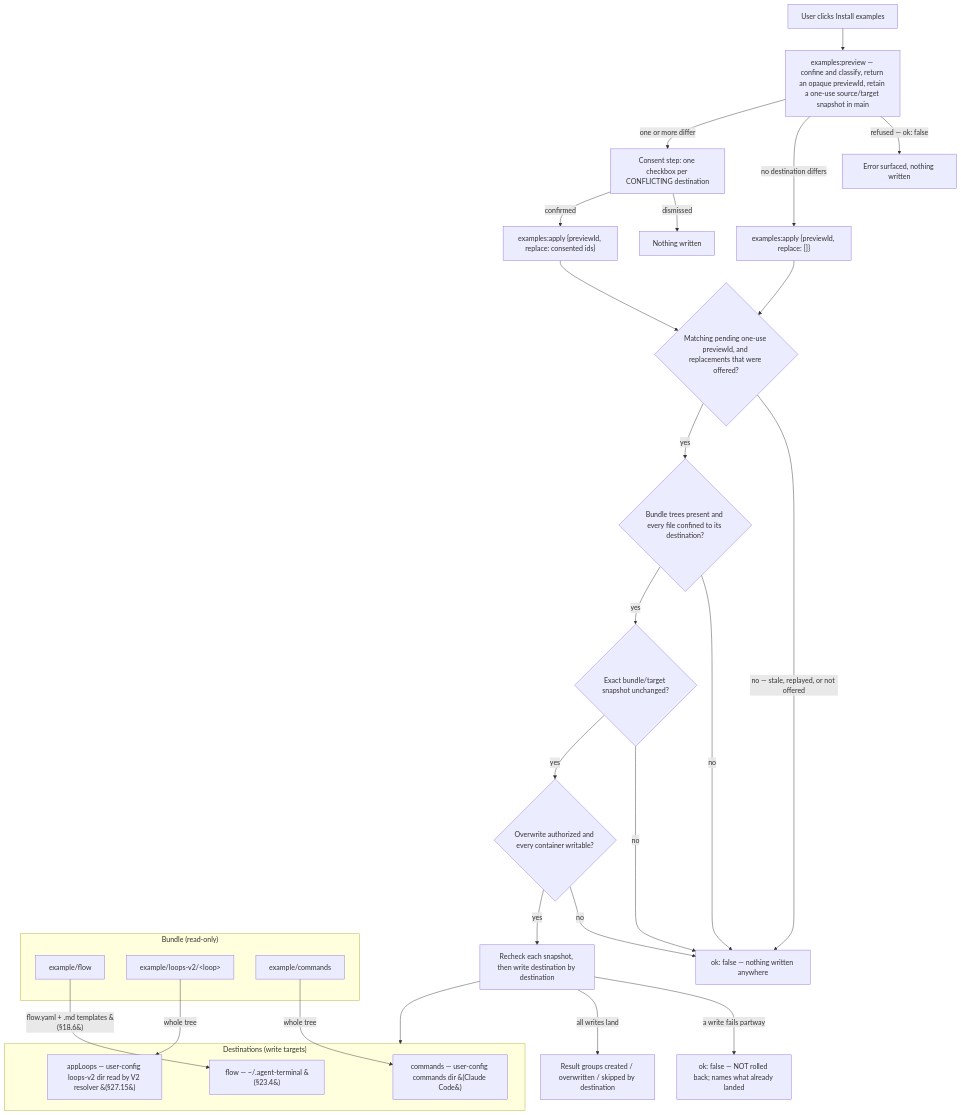
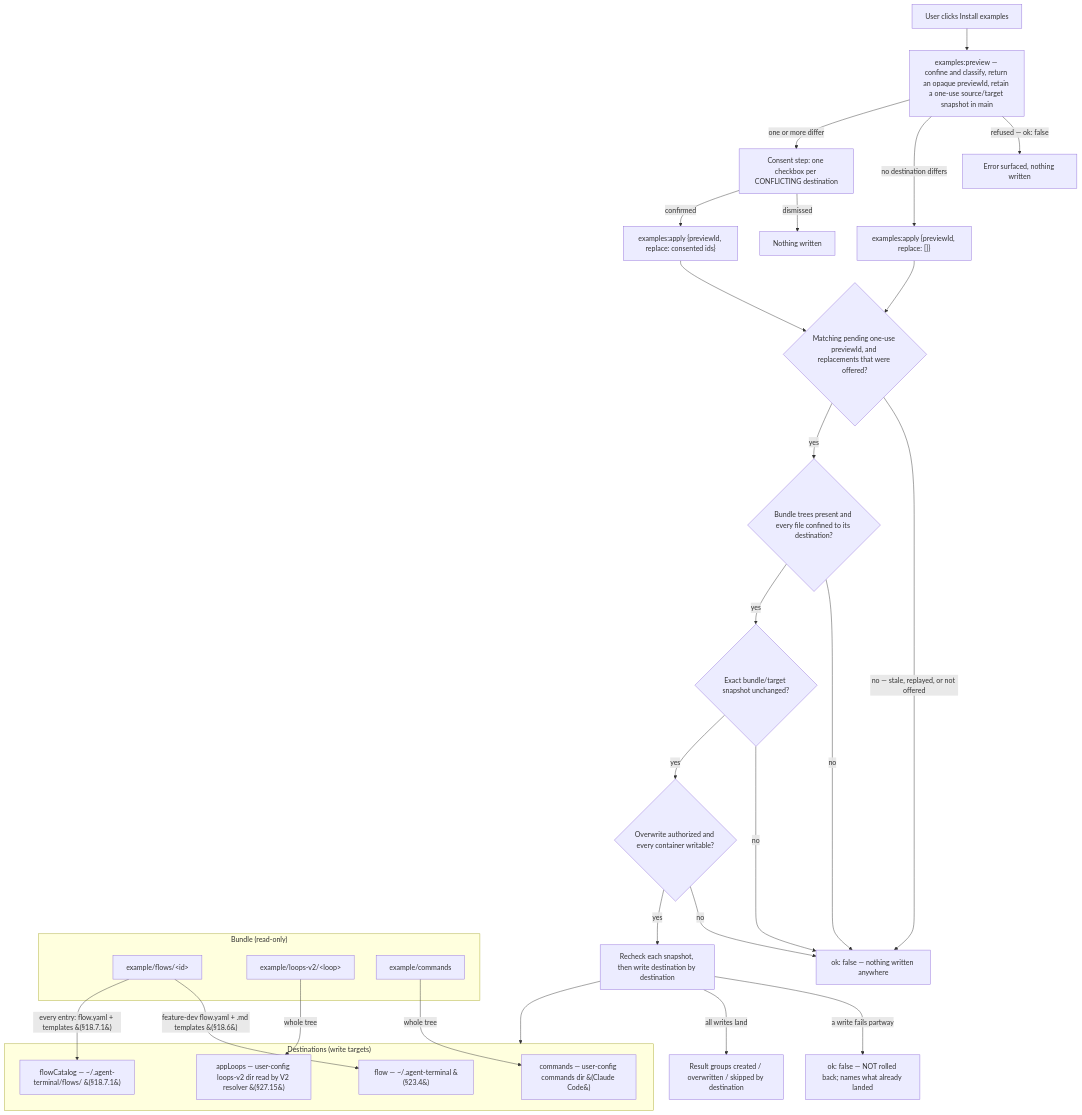
The first of 2 diagrams in docs/spec/18-flow-definitions-flow-yaml.md (dylanb/agent-terminal), drawn with Mermaid before and after one commit. The commit also changed other lines of this file and 28 other files, not shown here.

````diff
--- a/docs/spec/18-flow-definitions-flow-yaml.md
+++ b/docs/spec/18-flow-definitions-flow-yaml.md
@@ -18,38 +18,40 @@
 ```mermaid
 flowchart TD
   CLICK["User clicks Install examples"] --> PREVIEW["examples:preview — confine and classify, return an opaque previewId, retain a one-use source/target snapshot in main"]
   PREVIEW -->|"refused — ok: false"| PERR["Error surfaced, nothing written"]
   PREVIEW -->|"no destination differs"| APPLY["examples:apply {previewId, replace: []}"]
   PREVIEW -->|"one or more differ"| CONSENT["Consent step: one checkbox per CONFLICTING destination"]
   CONSENT -->|"dismissed"| NOOP["Nothing written"]
   CONSENT -->|"confirmed"| APPLY2["examples:apply {previewId, replace: consented ids}"]
   APPLY --> AUTH{"Matching pending one-use previewId, and replacements that were offered?"}
   APPLY2 --> AUTH
   AUTH -->|"no — stale, replayed, or not offered"| REFUSE
   AUTH -->|"yes"| RESOLVE{"Bundle trees present and every file confined to its destination?"}
   RESOLVE -->|"no"| REFUSE["ok: false — nothing written anywhere"]
   RESOLVE -->|"yes"| VERIFY{"Exact bundle/target snapshot unchanged?"}
   VERIFY -->|"no"| REFUSE
   VERIFY -->|"yes"| GATE{"Overwrite authorized and every container writable?"}
   GATE -->|"no"| REFUSE
   GATE -->|"yes"| WRITE["Recheck each snapshot, then write destination by destination"]
   WRITE -->|"a write fails partway"| PARTIAL["ok: false — NOT rolled back; names what already landed"]
   WRITE -->|"all writes land"| RESULT["Result groups created / overwritten / skipped by destination"]
 
   subgraph BUNDLE["Bundle (read-only)"]
-    BF["example/flow"]
+    BF["example/flows/&lt;id&gt;"]
     BV["example/loops-v2/&lt;loop&gt;"]
     BC["example/commands"]
   end
 
   subgraph DEST["Destinations (write targets)"]
     DF["flow — ~/.agent-terminal &#40;§23.4&#41;"]
+    DFC["flowCatalog — ~/.agent-terminal/flows/ &#40;§18.7.1&#41;"]
     DV["appLoops — user-config loops-v2 dir read by V2 resolver &#40;§27.15&#41;"]
     DC["commands — user-config commands dir &#40;Claude Code&#41;"]
   end
 
   WRITE --> DEST
-  BF -->|"flow.yaml + .md templates &#40;§18.6&#41;"| DF
+  BF -->|"feature-dev flow.yaml + .md templates &#40;§18.6&#41;"| DF
+  BF -->|"every entry: flow.yaml + templates &#40;§18.7.1&#41;"| DFC
   BV -->|"whole tree"| DV
   BC -->|"whole tree"| DC
 ```
````
